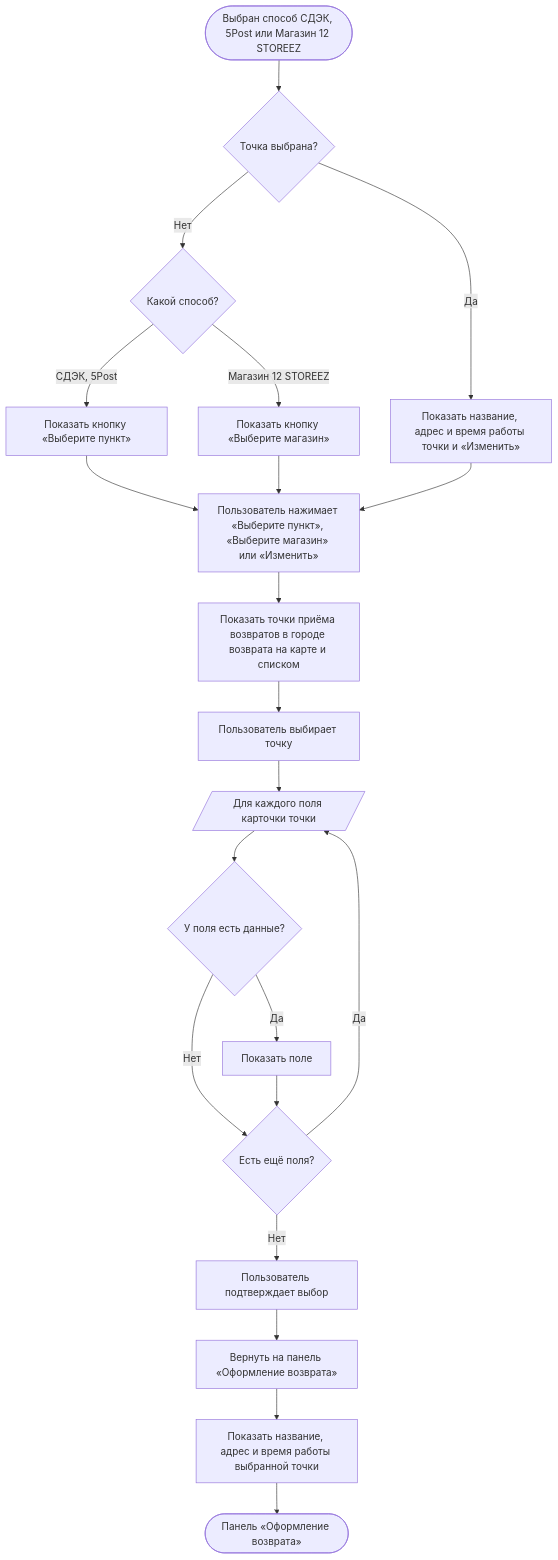
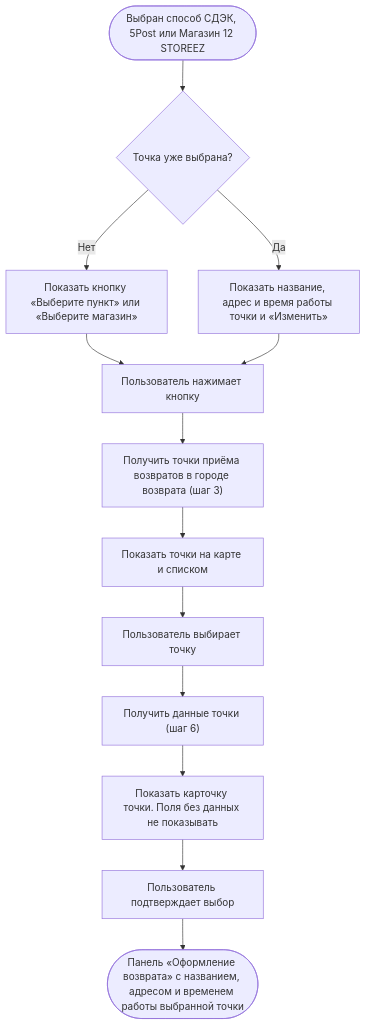
Before and after one commit to Terinss155/opencode-agents-analysis: diagram 14 of 24 in projects/returns-2.0/requirements/srs/srs-web-mvp.md, drawn with Mermaid. The commit also changed other lines of this file and 4 other files, not shown here.

````diff
--- a/projects/returns-2.0/requirements/srs/srs-web-mvp.md
+++ b/projects/returns-2.0/requirements/srs/srs-web-mvp.md
@@ -892,23 +907,15 @@
 ```mermaid
 flowchart TD
-    S([Выбран способ СДЭК, 5Post или Магазин 12 STOREEZ]) --> A{"Точка выбрана?"}
-    A -->|Нет| A1{"Какой способ?"}
-    A1 -->|СДЭК, 5Post| A2["Показать кнопку «Выберите пункт»"]
-    A1 -->|Магазин 12 STOREEZ| A3["Показать кнопку «Выберите магазин»"]
-    A -->|Да| A4["Показать название, адрес и время работы точки и «Изменить»"]
-    A2 --> B["Пользователь нажимает «Выберите пункт», «Выберите магазин» или «Изменить»"]
-    A3 --> B
-    A4 --> B
-    B --> D["Показать точки приёма возвратов в городе возврата на карте и списком"]
+    S([Выбран способ СДЭК, 5Post или Магазин 12 STOREEZ]) --> A{"Точка уже выбрана?"}
+    A -->|Нет| A1["Показать кнопку «Выберите пункт» или «Выберите магазин»"]
+    A -->|Да| A2["Показать название, адрес и время работы точки и «Изменить»"]
+    A1 --> B["Пользователь нажимает кнопку"]
+    A2 --> B
+    B --> C["Получить точки приёма возвратов в городе возврата (шаг 3)"]
+    C --> D["Показать точки на карте и списком"]
     D --> E["Пользователь выбирает точку"]
-    E --> P[/"Для каждого поля карточки точки"/]
-    P --> G1{"У поля есть данные?"}
-    G1 -->|Да| G2["Показать поле"]
-    G1 -->|Нет| G3
-    G2 --> G3{"Есть ещё поля?"}
-    G3 -->|Да| P
-    G3 -->|Нет| H["Пользователь подтверждает выбор"]
-    H --> I["Вернуть на панель «Оформление возврата»"]
-    I --> I1["Показать название, адрес и время работы выбранной точки"]
-    I1 --> Z([Панель «Оформление возврата»])
+    E --> F["Получить данные точки (шаг 6)"]
+    F --> G["Показать карточку точки. Поля без данных не показывать"]
+    G --> H["Пользователь подтверждает выбор"]
+    H --> Z([Панель «Оформление возврата» с названием, адресом и временем работы выбранной точки])
 ```
````
